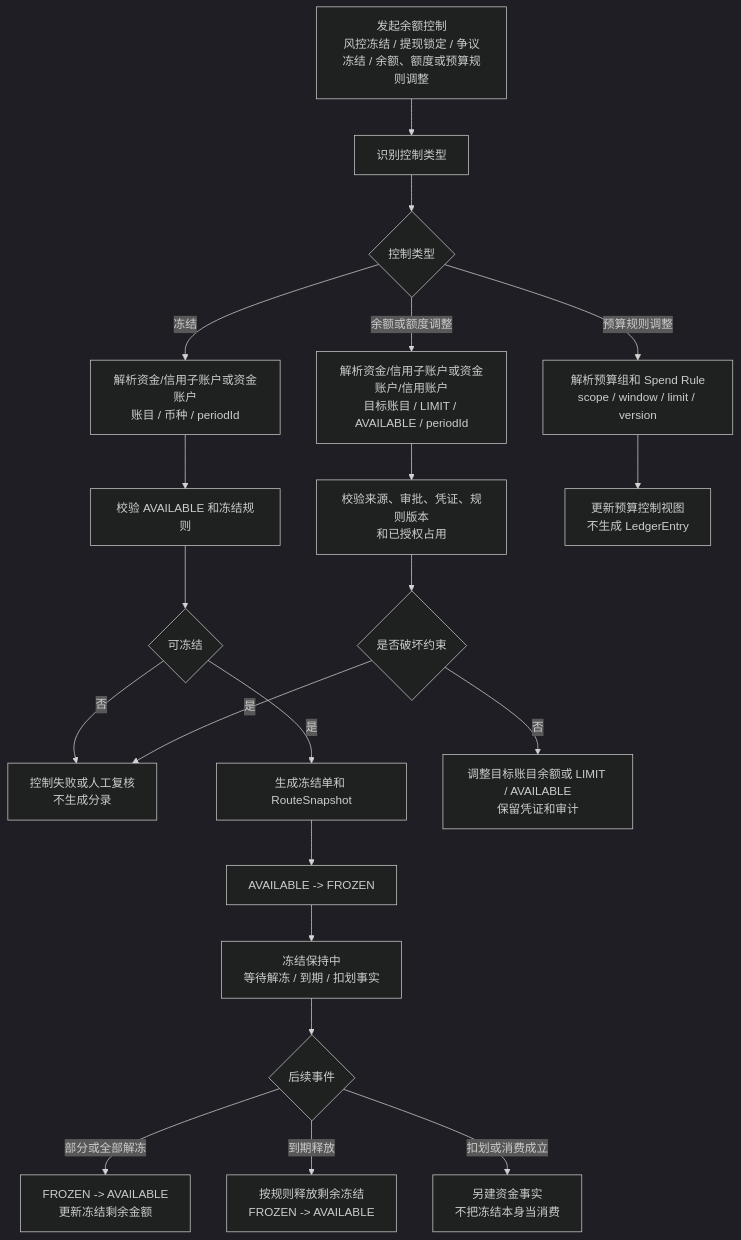
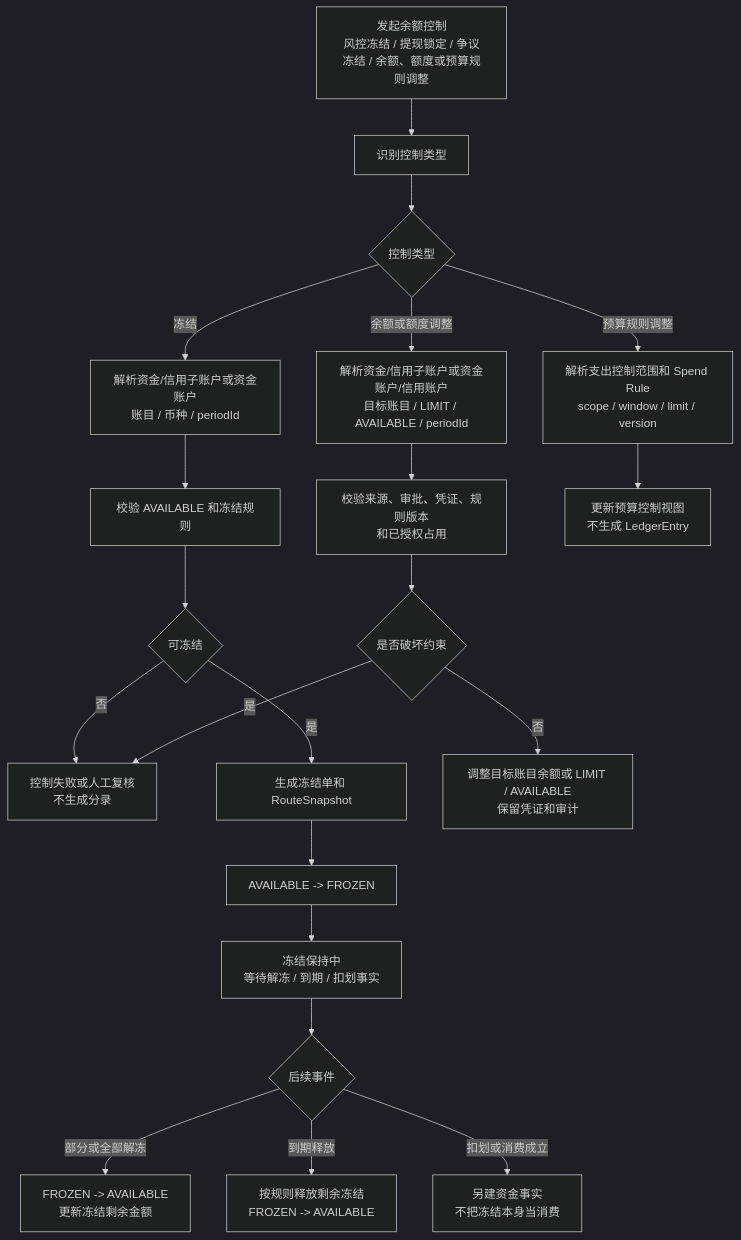
Before and after one commit to fengwuxp/wind-funds: diagram 12 of 21 in docs/产品设计/02-交易路由钱包账目与投影.md, drawn with Mermaid (dark theme). The commit also changed other lines of this file and 82 other files, not shown here.

````diff
--- a/docs/产品设计/02-交易路由钱包账目与投影.md
+++ b/docs/产品设计/02-交易路由钱包账目与投影.md
@@ -992,23 +992,23 @@
 ```mermaid
 flowchart TD
     A["发起余额控制\n风控冻结 / 提现锁定 / 争议冻结 / 余额、额度或预算规则调整"] --> B["识别控制类型"]
     B --> C{"控制类型"}
     C -- "冻结" --> D["解析资金/信用子账户或资金账户\n账目 / 币种 / periodId"]
     D --> E["校验 AVAILABLE 和冻结规则"]
     E --> F{"可冻结"}
     F -- "否" --> G["控制失败或人工复核\n不生成分录"]
     F -- "是" --> H["生成冻结单和 RouteSnapshot"]
     H --> I["AVAILABLE -> FROZEN"]
     I --> J["冻结保持中\n等待解冻 / 到期 / 扣划事实"]
     J --> K{"后续事件"}
     K -- "部分或全部解冻" --> L["FROZEN -> AVAILABLE\n更新冻结剩余金额"]
     K -- "到期释放" --> M["按规则释放剩余冻结\nFROZEN -> AVAILABLE"]
     K -- "扣划或消费成立" --> N["另建资金事实\n不把冻结本身当消费"]
     C -- "余额或额度调整" --> O["解析资金/信用子账户或资金账户/信用账户\n目标账目 / LIMIT / AVAILABLE / periodId"]
     O --> P["校验来源、审批、凭证、规则版本\n和已授权占用"]
     P --> Q{"是否破坏约束"}
     Q -- "是" --> G
     Q -- "否" --> R["调整目标账目余额或 LIMIT / AVAILABLE\n保留凭证和审计"]
-    C -- "预算规则调整" --> S["解析预算组和 Spend Rule\nscope / window / limit / version"]
+    C -- "预算规则调整" --> S["解析支出控制范围和 Spend Rule\nscope / window / limit / version"]
     S --> T["更新预算控制视图\n不生成 LedgerEntry"]
 ```
````
